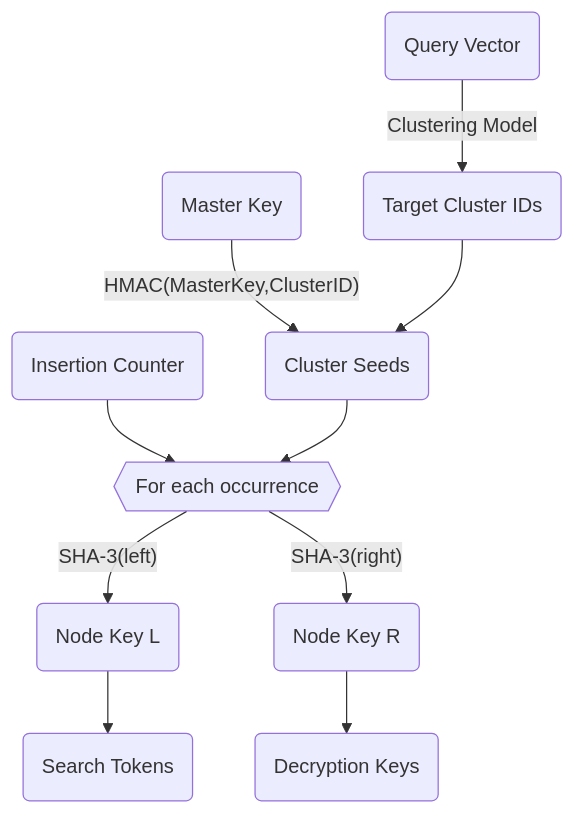
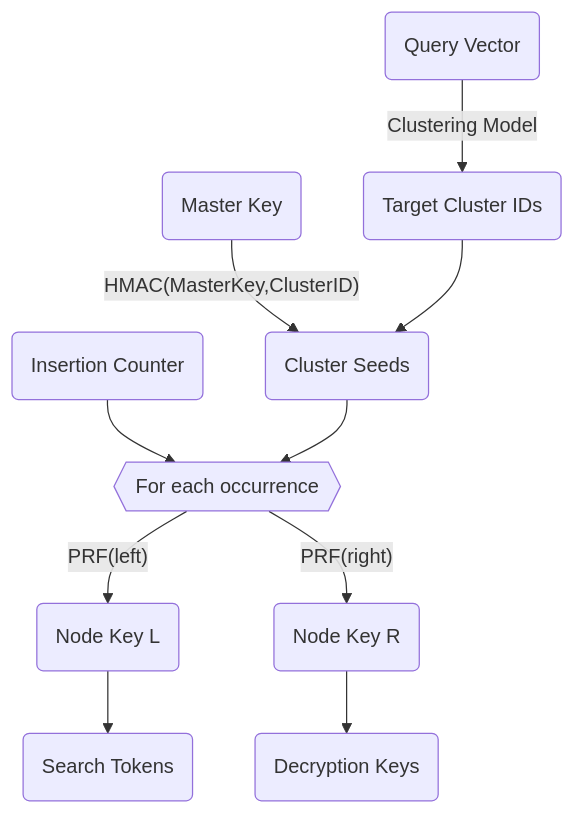
Before and after one commit to cyborginc/cyborgdb-docs: the second of 3 diagrams in versions/next/intro/encryption.mdx, drawn with Mermaid. The commit also changed other lines of this file and 11 other files, not shown here.

````diff
--- a/versions/next/intro/encryption.mdx
+++ b/versions/next/intro/encryption.mdx
@@ -96,16 +96,16 @@
 ```mermaid
 graph TD
     A(Query Vector) -->|"Clustering Model"| B(Target Cluster IDs)
     
     MK(Master Key) -->|"HMAC(MasterKey,ClusterID)"| C(Cluster Seeds)
     B --> C
     
     CM(Insertion Counter) --> ITER{{"For each occurrence"}}
     C --> ITER
     
-    ITER -->|"SHA-3(left)"| E1(Node Key L)
-    ITER -->|"SHA-3(right)"| E2(Node Key R)
+    ITER -->|"PRF(left)"| E1(Node Key L)
+    ITER -->|"PRF(right)"| E2(Node Key R)
     
     E1 --> F(Search Tokens)
     E2 --> G(Decryption Keys)
 ```
````
